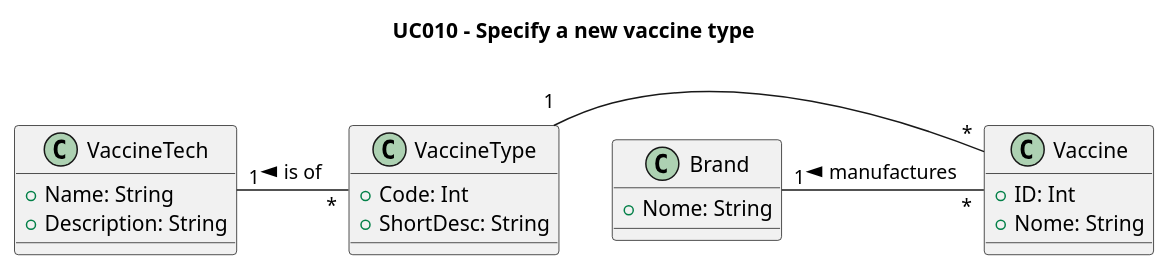
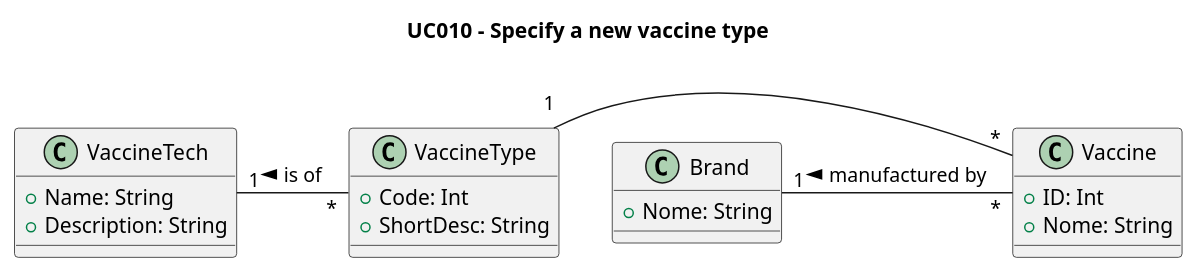
One commit to rafaafig/SnsTrab changed the diagram in sns-base/doc/global/use-cases/UC010/us-UCD010-DM.puml. Above: the diagram before and after it, drawn with PlantUML. The commit also changed 10 other files, not shown here.

```diff
--- a/sns-base/doc/global/use-cases/UC010/us-UCD010-DM.puml
+++ b/sns-base/doc/global/use-cases/UC010/us-UCD010-DM.puml
@@ -1,32 +1,32 @@
 @startuml
 'skinparam monochrome true
 'skinparam shadowing false
 
 title UC010 - Specify a new vaccine type
 
 
 class Vaccine {
     +ID: Int
     +Nome: String
 }
 
 class VaccineType{
     +Code: Int
     +ShortDesc: String
 }
 
 class VaccineTech{
     +Name: String
     +Description: String
 }
 
 class Brand {
     +Nome: String
 }
 
 ' Relationships
 VaccineTech "1   "-"    *" VaccineType : is of <
 VaccineType "1   "-"    *"Vaccine
-Brand "1   "-"    *" Vaccine : manufactures <
+Brand "1   "-"    *" Vaccine : manufactured by <
 
 @enduml
```
